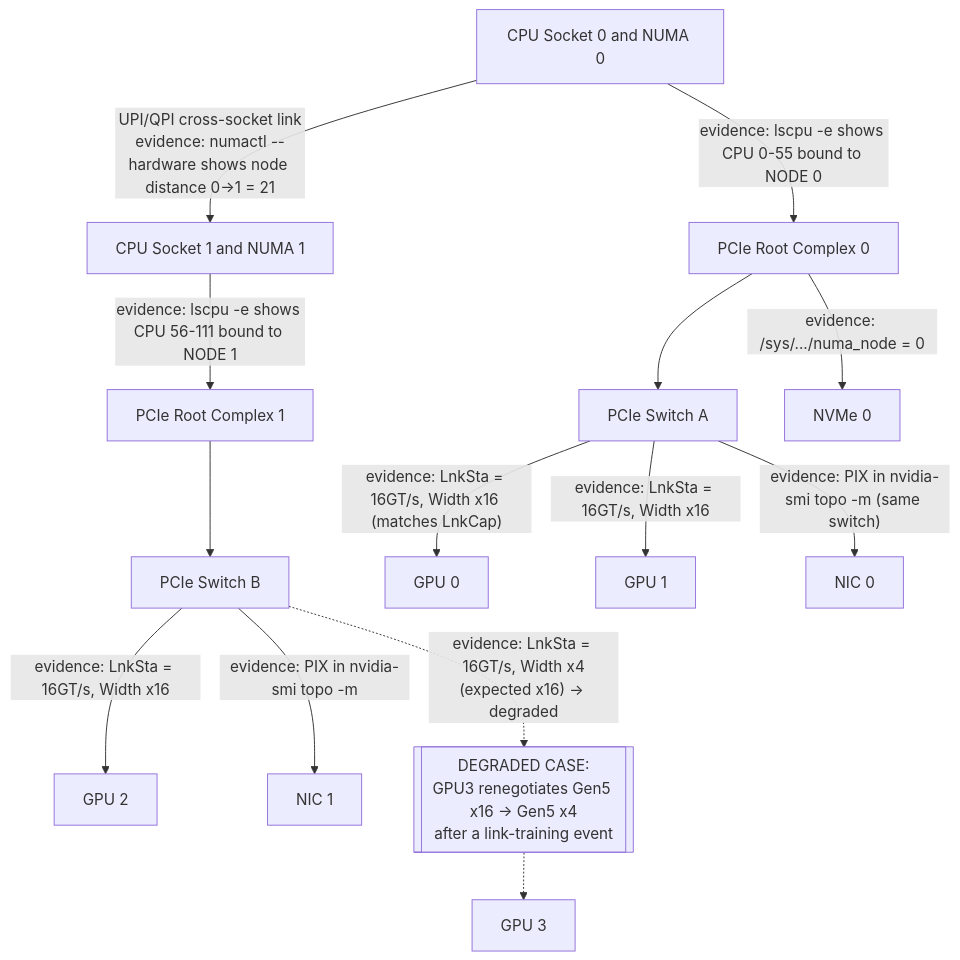
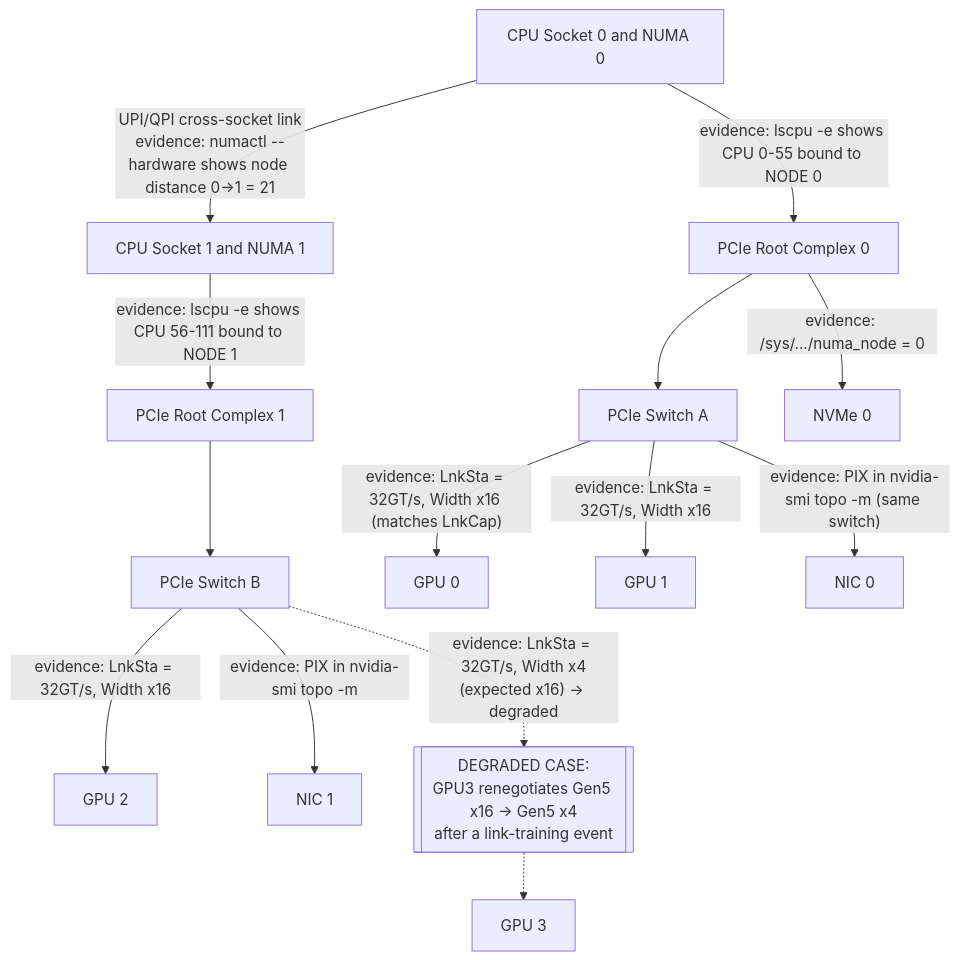
One commit to jithinpnjm/nvidia-devops changed the diagram in docs/nvidia-zero-to-hero/volume-07/labs/lab-01-inspect-pcie-numa-and-gpu-topology.md. Above: the diagram before and after it, drawn with Mermaid. The commit also changed other lines of this file and 289 other files, not shown here.

````diff
--- a/docs/nvidia-zero-to-hero/volume-07/labs/lab-01-inspect-pcie-numa-and-gpu-topology.md
+++ b/docs/nvidia-zero-to-hero/volume-07/labs/lab-01-inspect-pcie-numa-and-gpu-topology.md
@@ -50,29 +50,29 @@
 ```mermaid
 flowchart TD
     CPU0[CPU Socket 0 and NUMA 0]
     CPU1[CPU Socket 1 and NUMA 1]
     Root0[PCIe Root Complex 0]
     Root1[PCIe Root Complex 1]
     Switch0[PCIe Switch A]
     Switch1[PCIe Switch B]
     GPU0[GPU 0]
     GPU1[GPU 1]
     GPU2[GPU 2]
     GPU3[GPU 3]
     NIC0[NIC 0]
     NIC1[NIC 1]
     NVMe0[NVMe 0]
     Bad[["DEGRADED CASE:<br/>GPU3 renegotiates Gen5 x16 -&gt; Gen5 x4<br/>after a link-training event"]]
 
     CPU0 -->|"UPI/QPI cross-socket link<br/>evidence: numactl --hardware shows node distance 0-&gt;1 = 21"| CPU1
     CPU0 -->|"evidence: lscpu -e shows CPU 0-55 bound to NODE 0"| Root0 --> Switch0
     CPU1 -->|"evidence: lscpu -e shows CPU 56-111 bound to NODE 1"| Root1 --> Switch1
-    Switch0 -->|"evidence: LnkSta = 16GT/s, Width x16 (matches LnkCap)"| GPU0
-    Switch0 -->|"evidence: LnkSta = 16GT/s, Width x16"| GPU1
+    Switch0 -->|"evidence: LnkSta = 32GT/s, Width x16 (matches LnkCap)"| GPU0
+    Switch0 -->|"evidence: LnkSta = 32GT/s, Width x16"| GPU1
     Switch0 -->|"evidence: PIX in nvidia-smi topo -m (same switch)"| NIC0
-    Switch1 -->|"evidence: LnkSta = 16GT/s, Width x16"| GPU2
-    Switch1 -.->|"evidence: LnkSta = 16GT/s, Width x4<br/>(expected x16) -&gt; degraded"| Bad
+    Switch1 -->|"evidence: LnkSta = 32GT/s, Width x16"| GPU2
+    Switch1 -.->|"evidence: LnkSta = 32GT/s, Width x4<br/>(expected x16) -&gt; degraded"| Bad
     Bad -.-> GPU3
     Switch1 -->|"evidence: PIX in nvidia-smi topo -m"| NIC1
     Root0 -->|"evidence: /sys/.../numa_node = 0"| NVMe0
 ```
````
